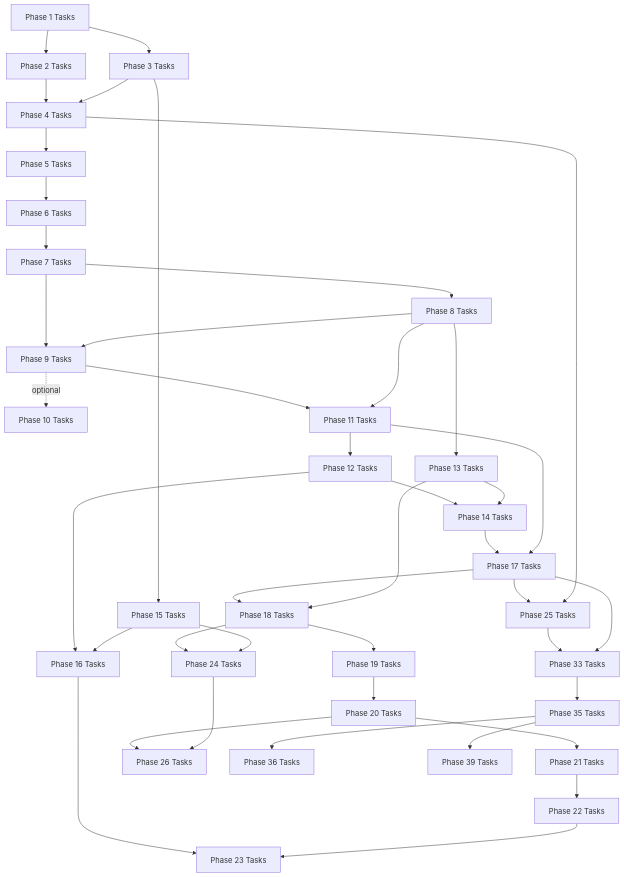
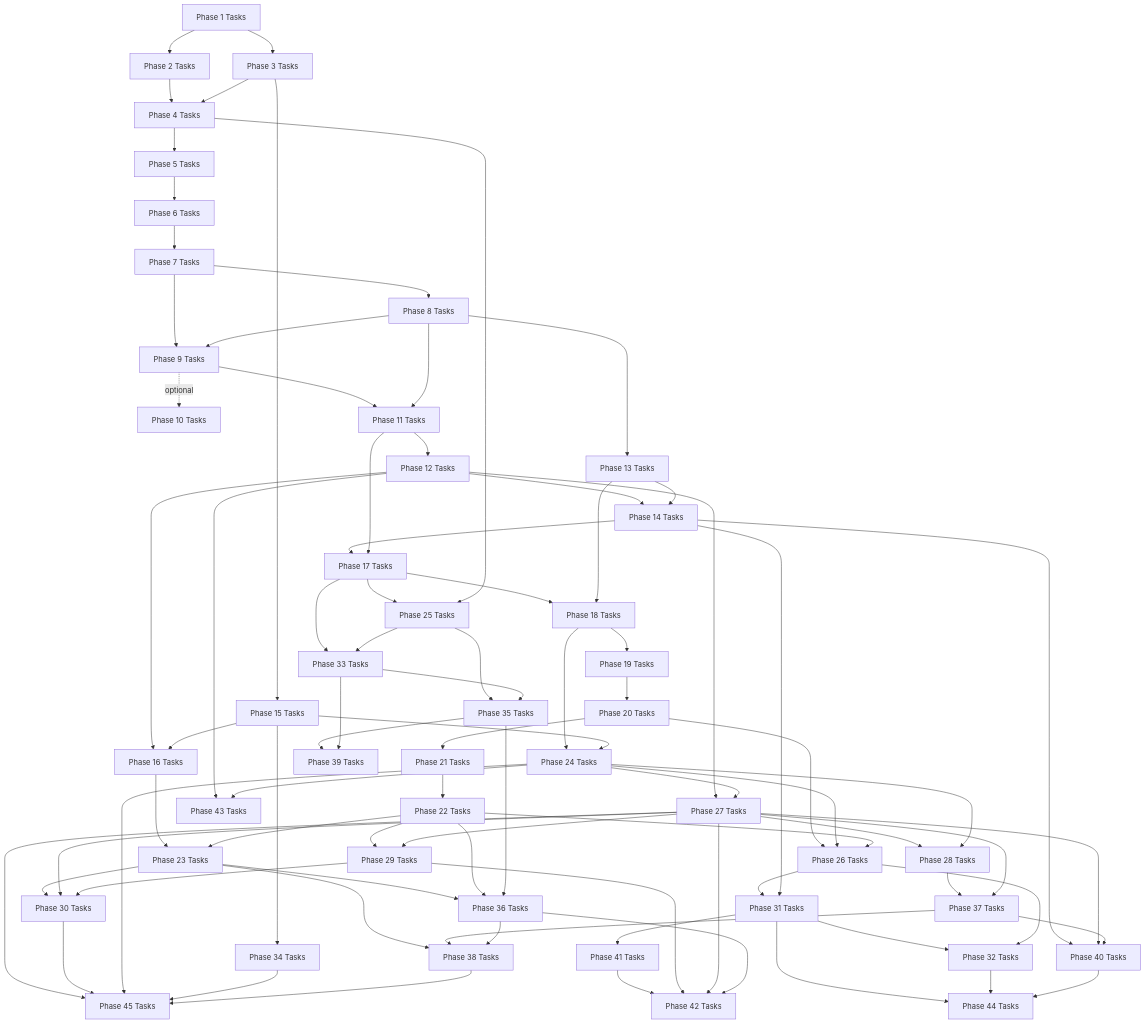
The diagram in docs/roadmap/tasks/README.md (mikecubed/m3OS), drawn with Mermaid before and after one commit. The commit also changed 15 other files, not shown here.

First line of the commit message:
fix: address PR review comments for roadmap phases

````diff
--- a/docs/roadmap/tasks/README.md
+++ b/docs/roadmap/tasks/README.md
@@ -70,9 +70,57 @@
     P4 --> P25
     P20 --> P26["Phase 26 Tasks"]
     P24 --> P26
-    P25 --> P33["Phase 33 Tasks"]
-    P17 --> P33
-    P33 --> P35["Phase 35 Tasks"]
-    P35 --> P36["Phase 36 Tasks"]
+
+    %% Productivity phases
+    P22 --> P26
+    P12 --> P27["Phase 27 Tasks"]
+    P24 --> P27
+    P27 --> P28["Phase 28 Tasks"]
+    P24 --> P28
+    P22 --> P29["Phase 29 Tasks"]
+    P27 --> P29
+    P23 --> P30["Phase 30 Tasks"]
+    P27 --> P30
+    P29 --> P30
+    P26 --> P31["Phase 31 Tasks"]
+    P14 --> P31
+    P31 --> P32["Phase 32 Tasks"]
+    P26 --> P32
+
+    %% Kernel infrastructure phases
+    P17 --> P33["Phase 33 Tasks"]
+    P25 --> P33
+    P15 --> P34["Phase 34 Tasks"]
+    P25 --> P35["Phase 35 Tasks"]
+    P33 --> P35
+    P23 --> P36["Phase 36 Tasks"]
+    P22 --> P36
+    P35 --> P36
+    P28 --> P37["Phase 37 Tasks"]
+    P27 --> P37
+    P23 --> P38["Phase 38 Tasks"]
+    P37 --> P38
+    P36 --> P38
     P35 --> P39["Phase 39 Tasks"]
+    P33 --> P39
+
+    %% Application phases
+    P14 --> P40["Phase 40 Tasks"]
+    P27 --> P40
+    P37 --> P40
+    P31 --> P41["Phase 41 Tasks"]
+    P41 --> P42["Phase 42 Tasks"]
+    P29 --> P42
+    P27 --> P42
+    P36 --> P42
+    P12 --> P43["Phase 43 Tasks"]
+    P24 --> P43
+    P31 --> P44["Phase 44 Tasks"]
+    P32 --> P44
+    P40 --> P44
+    P27 --> P45["Phase 45 Tasks"]
+    P30 --> P45
+    P24 --> P45
+    P34 --> P45
+    P38 --> P45
 ```
````
